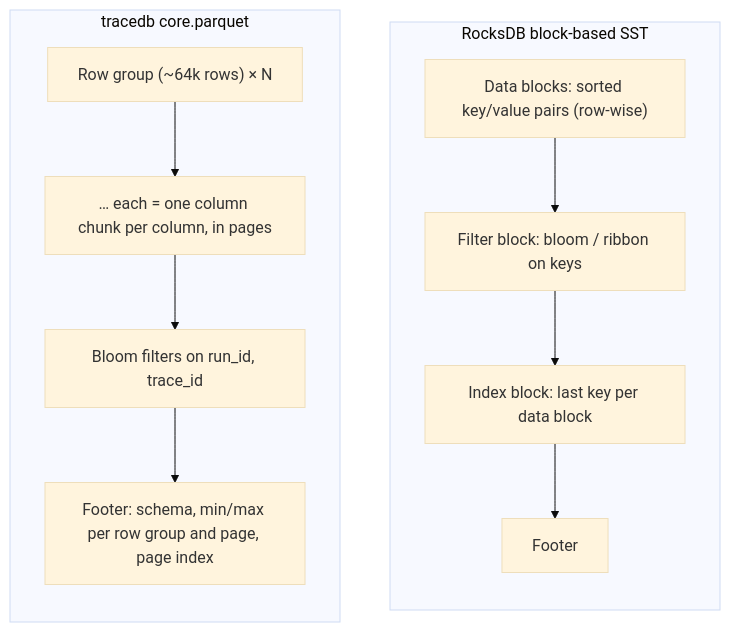
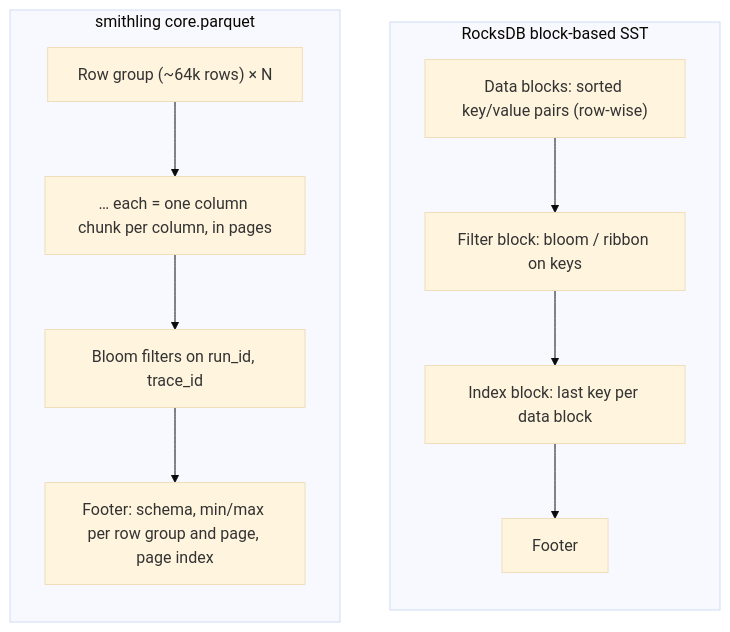
The fifth of 9 diagrams in ROCKSDB_COMPARISON.md (liukai/smithling), drawn with Mermaid (base theme) before and after one commit. The commit also changed other lines of this file and 199 other files, not shown here.

First line of the commit message:
refactor: rename tracedb to Smithling (D-037)

````diff
--- a/ROCKSDB_COMPARISON.md
+++ b/ROCKSDB_COMPARISON.md
@@ -152,19 +152,19 @@
 ```mermaid
 flowchart TB
     subgraph S["RocksDB block-based SST"]
         direction TB
         S1["Data blocks: sorted key/value pairs (row-wise)"]
         S2["Filter block: bloom / ribbon on keys"]
         S3["Index block: last key per data block"]
         S4["Footer"]
         S1 --> S2 --> S3 --> S4
     end
-    subgraph P["tracedb core.parquet"]
+    subgraph P["smithling core.parquet"]
         direction TB
         P1["Row group (~64k rows) × N"]
         P2["… each = one column chunk per column, in pages"]
         P3["Bloom filters on run_id, trace_id"]
         P4["Footer: schema, min/max per row group and page, page index"]
         P1 --> P2 --> P3 --> P4
     end
 ```
````
